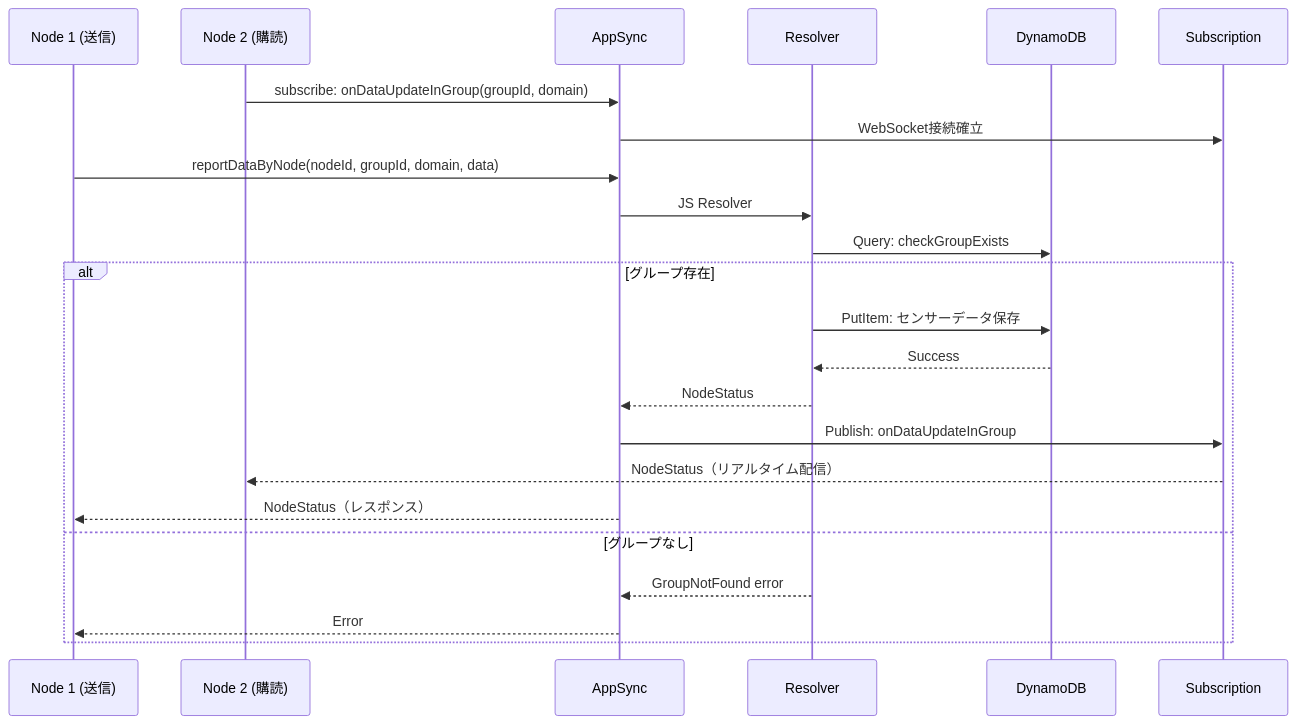
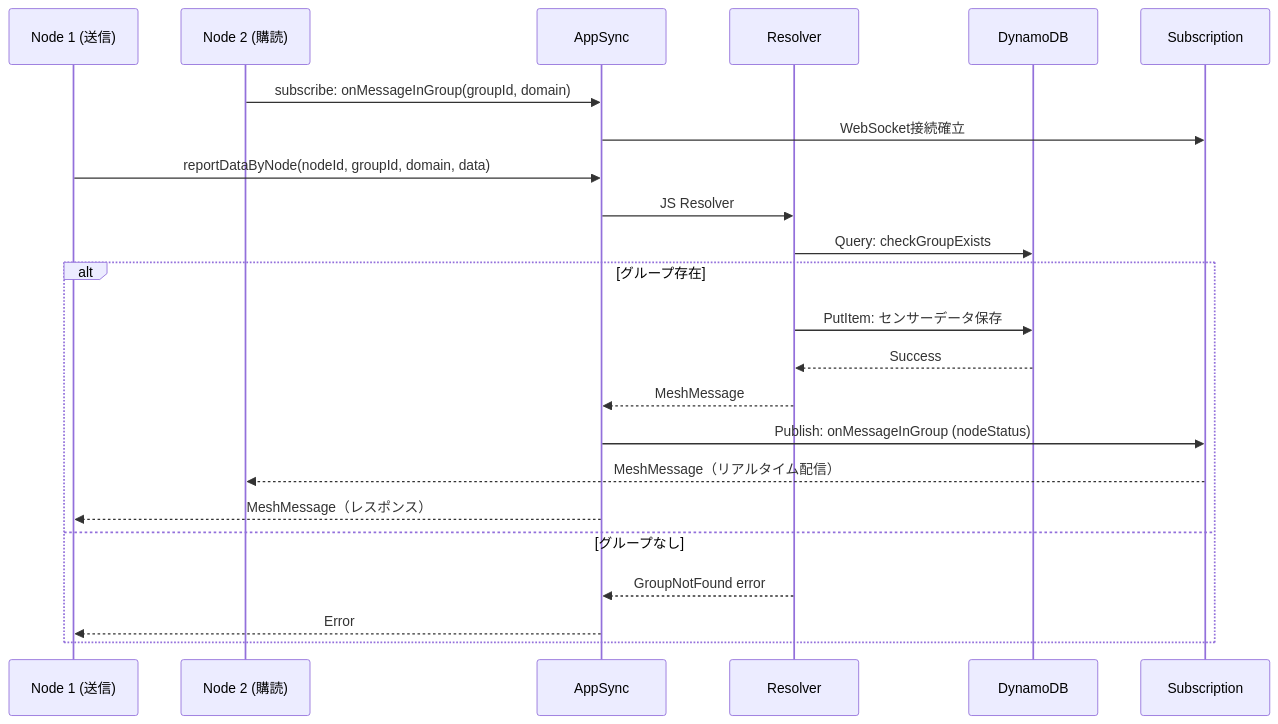
One commit to smalruby/mesh-v2 changed the fourth of 10 diagrams in docs/architecture.md. Above: the diagram before and after it, drawn with Mermaid. The commit also changed other lines of this file and 5 other files, not shown here.

````diff
--- a/docs/architecture.md
+++ b/docs/architecture.md
@@ -134,27 +134,27 @@
 ```mermaid
 sequenceDiagram
     participant Node1 as Node 1 (送信)
     participant Node2 as Node 2 (購読)
     participant AppSync
     participant Resolver
     participant DynamoDB
     participant Subscription
 
-    Node2->>AppSync: subscribe: onDataUpdateInGroup(groupId, domain)
+    Node2->>AppSync: subscribe: onMessageInGroup(groupId, domain)
     AppSync->>Subscription: WebSocket接続確立
 
     Node1->>AppSync: reportDataByNode(nodeId, groupId, domain, data)
     AppSync->>Resolver: JS Resolver
     Resolver->>DynamoDB: Query: checkGroupExists
     alt グループ存在
         Resolver->>DynamoDB: PutItem: センサーデータ保存
         DynamoDB-->>Resolver: Success
-        Resolver-->>AppSync: NodeStatus
-        AppSync->>Subscription: Publish: onDataUpdateInGroup
-        Subscription-->>Node2: NodeStatus（リアルタイム配信）
-        AppSync-->>Node1: NodeStatus（レスポンス）
+        Resolver-->>AppSync: MeshMessage
+        AppSync->>Subscription: Publish: onMessageInGroup (nodeStatus)
+        Subscription-->>Node2: MeshMessage（リアルタイム配信）
+        AppSync-->>Node1: MeshMessage（レスポンス）
     else グループなし
         Resolver-->>AppSync: GroupNotFound error
         AppSync-->>Node1: Error
     end
 ```
````
